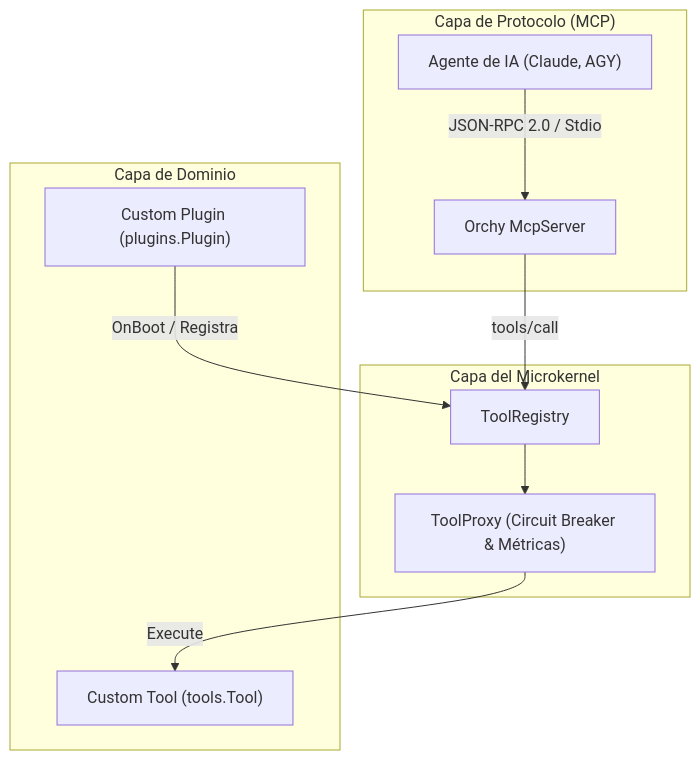
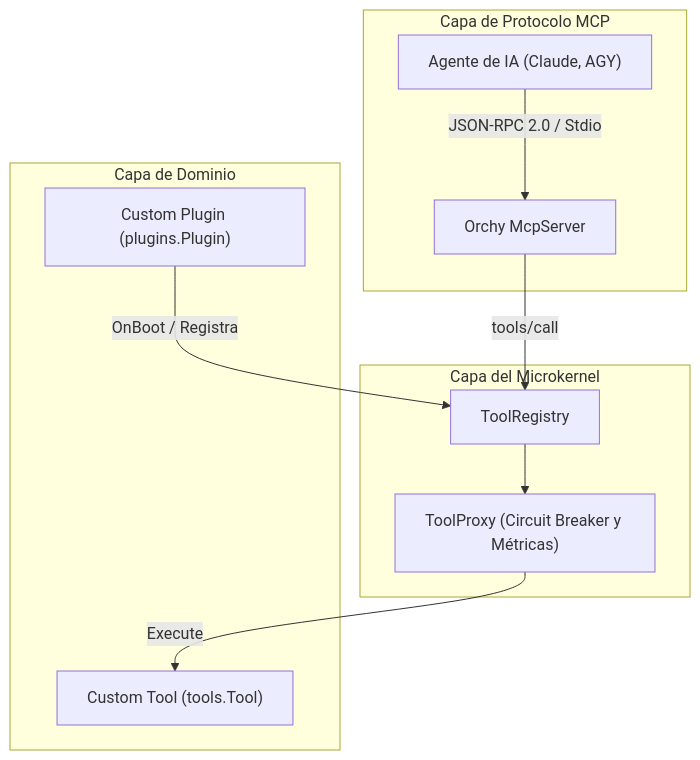
The diagram in docs/orchy/custom-plugin.md (GountzJs/gountz-ia), drawn with Mermaid before and after one commit. The commit also changed 14 other files, not shown here.

````diff
--- a/docs/orchy/custom-plugin.md
+++ b/docs/orchy/custom-plugin.md
@@ -11,14 +11,14 @@
 ```mermaid
 flowchart TD
-    subgraph MCP["Capa de Protocolo (MCP)"]
-        A["Agente de IA (Claude, AGY)"] -->|JSON-RPC 2.0 / Stdio| B["Orchy McpServer"]
+    subgraph MCP ["Capa de Protocolo MCP"]
+        A["Agente de IA (Claude, AGY)"] -->|"JSON-RPC 2.0 / Stdio"| B["Orchy McpServer"]
     end
-    subgraph Kernel["Capa del Microkernel"]
-        B -->|tools/call| C["ToolRegistry"]
-        C --> D["ToolProxy (Circuit Breaker & Métricas)"]
+    subgraph Kernel ["Capa del Microkernel"]
+        B -->|"tools/call"| C["ToolRegistry"]
+        C --> D["ToolProxy (Circuit Breaker y Métricas)"]
     end
-    subgraph Plugin["Capa de Dominio"]
-        D -->|Execute| E["Custom Tool (tools.Tool)"]
-        F["Custom Plugin (plugins.Plugin)"] -->|OnBoot / Registra| C
+    subgraph Plugin ["Capa de Dominio"]
+        D -->|"Execute"| E["Custom Tool (tools.Tool)"]
+        F["Custom Plugin (plugins.Plugin)"] -->|"OnBoot / Registra"| C
     end
 ```
````
